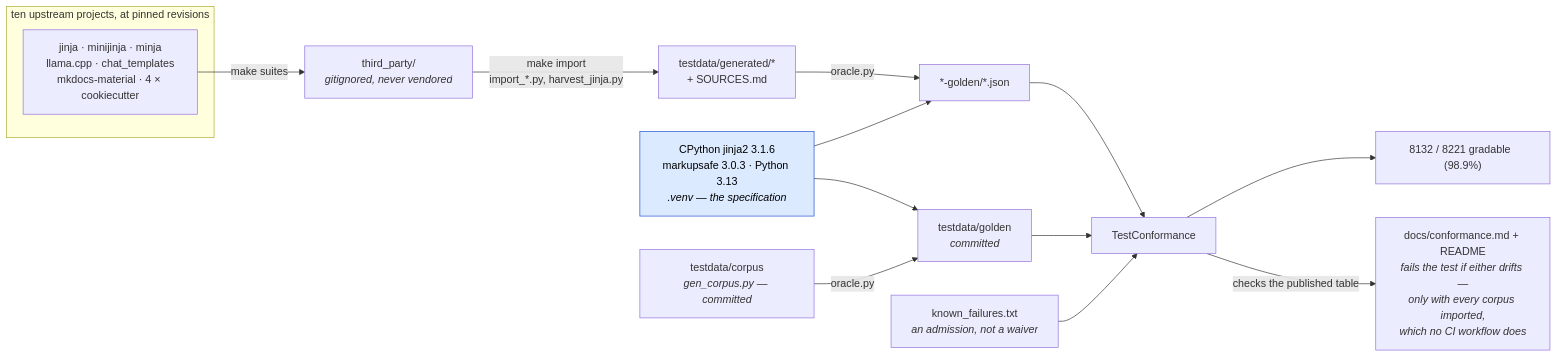
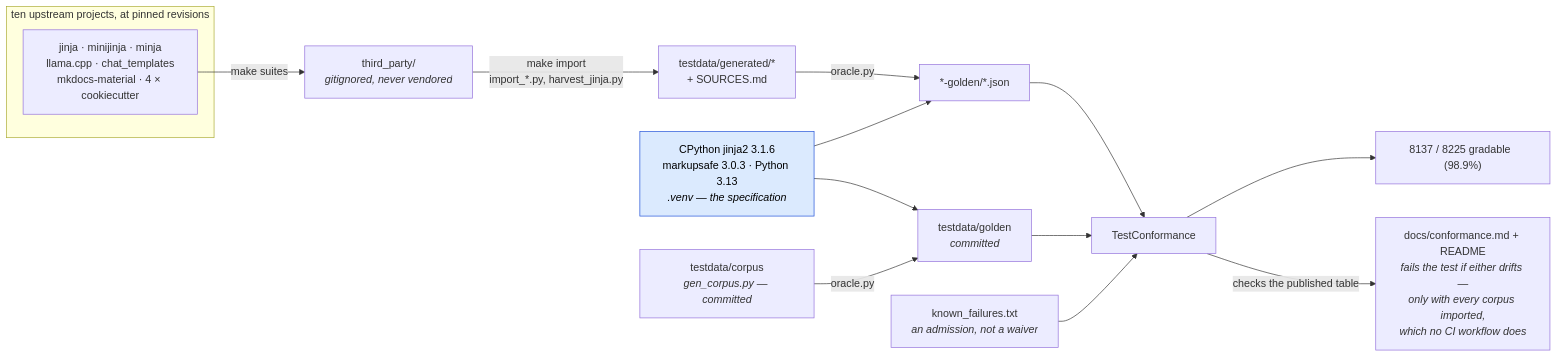
The first of 2 diagrams in docs/conformance.md (mgilbir/gojja2), drawn with Mermaid before and after one commit. The commit also changed other lines of this file and 23 other files, not shown here.

````diff
--- a/docs/conformance.md
+++ b/docs/conformance.md
@@ -17,24 +17,24 @@
 ```mermaid
 flowchart LR
     subgraph up["ten upstream projects, at pinned revisions"]
         U1["jinja · minijinja · minja<br/>llama.cpp · chat_templates<br/>mkdocs-material · 4 × cookiecutter"]
     end
     U1 -->|"make suites"| TP["third_party/<br/><i>gitignored, never vendored</i>"]
     TP -->|"make import<br/>import_*.py, harvest_jinja.py"| GEN["testdata/generated/*<br/>+ SOURCES.md"]
 
     ORA["CPython jinja2 3.1.6<br/>markupsafe 3.0.3 · Python 3.13<br/><i>.venv — the specification</i>"]
     GEN -->|"oracle.py"| G2["*-golden/*.json"]
     ORA --> G2
 
     OWN["testdata/corpus<br/><i>gen_corpus.py — committed</i>"] -->|"oracle.py"| G1["testdata/golden<br/><i>committed</i>"]
     ORA --> G1
 
     G1 --> TC["TestConformance"]
     G2 --> TC
     KF["known_failures.txt<br/><i>an admission, not a waiver</i>"] --> TC
-    TC --> RATE["8132 / 8221 gradable  (98.9%)"]
+    TC --> RATE["8137 / 8225 gradable  (98.9%)"]
     TC -->|"checks the published table"| RM["docs/conformance.md + README<br/><i>fails the test if either drifts —<br/>only with every corpus imported,<br/>which no CI workflow does</i>"]
 
     classDef spec fill:#dbeafe,stroke:#1d4ed8,color:#000
     class ORA spec
 ```
````
